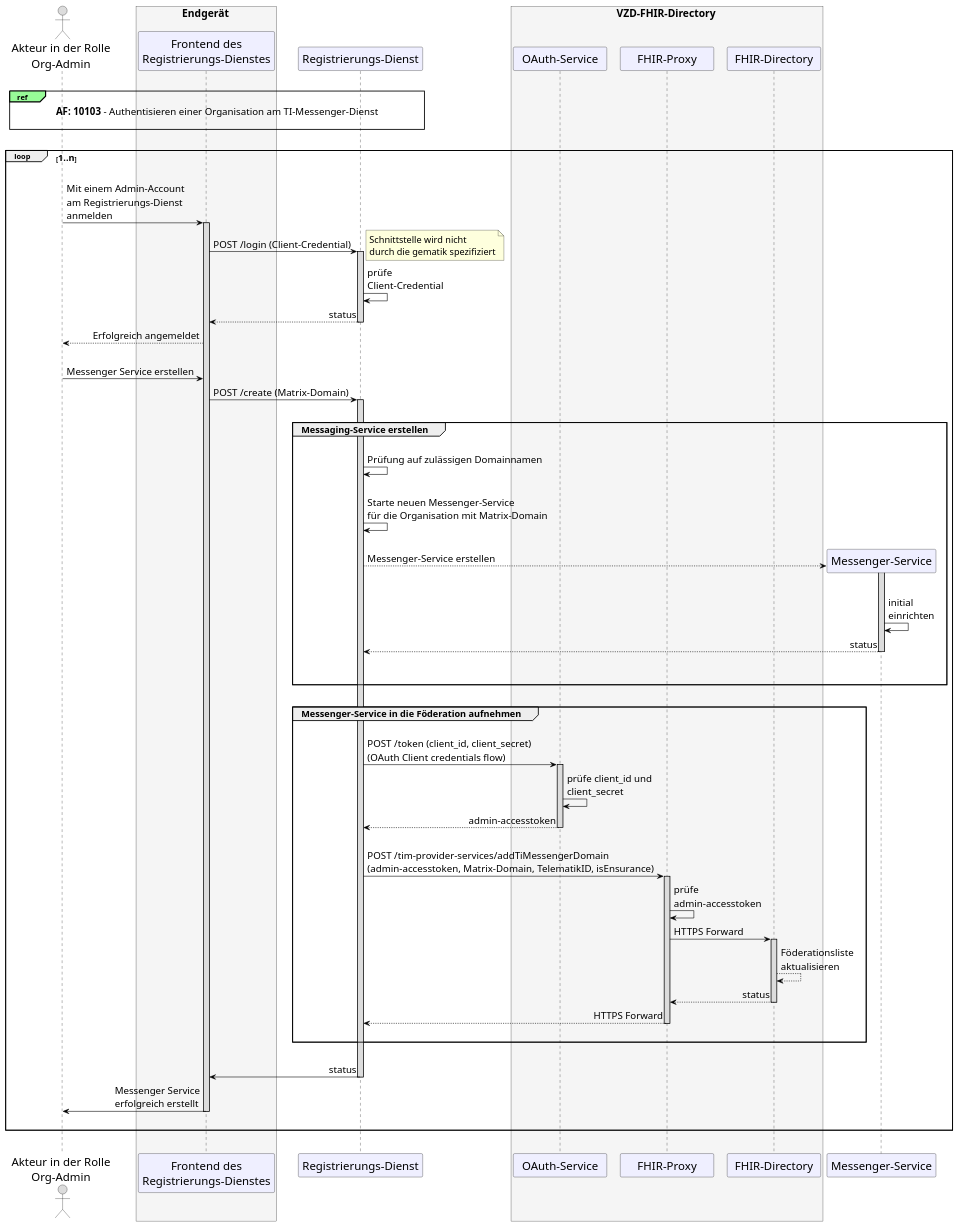
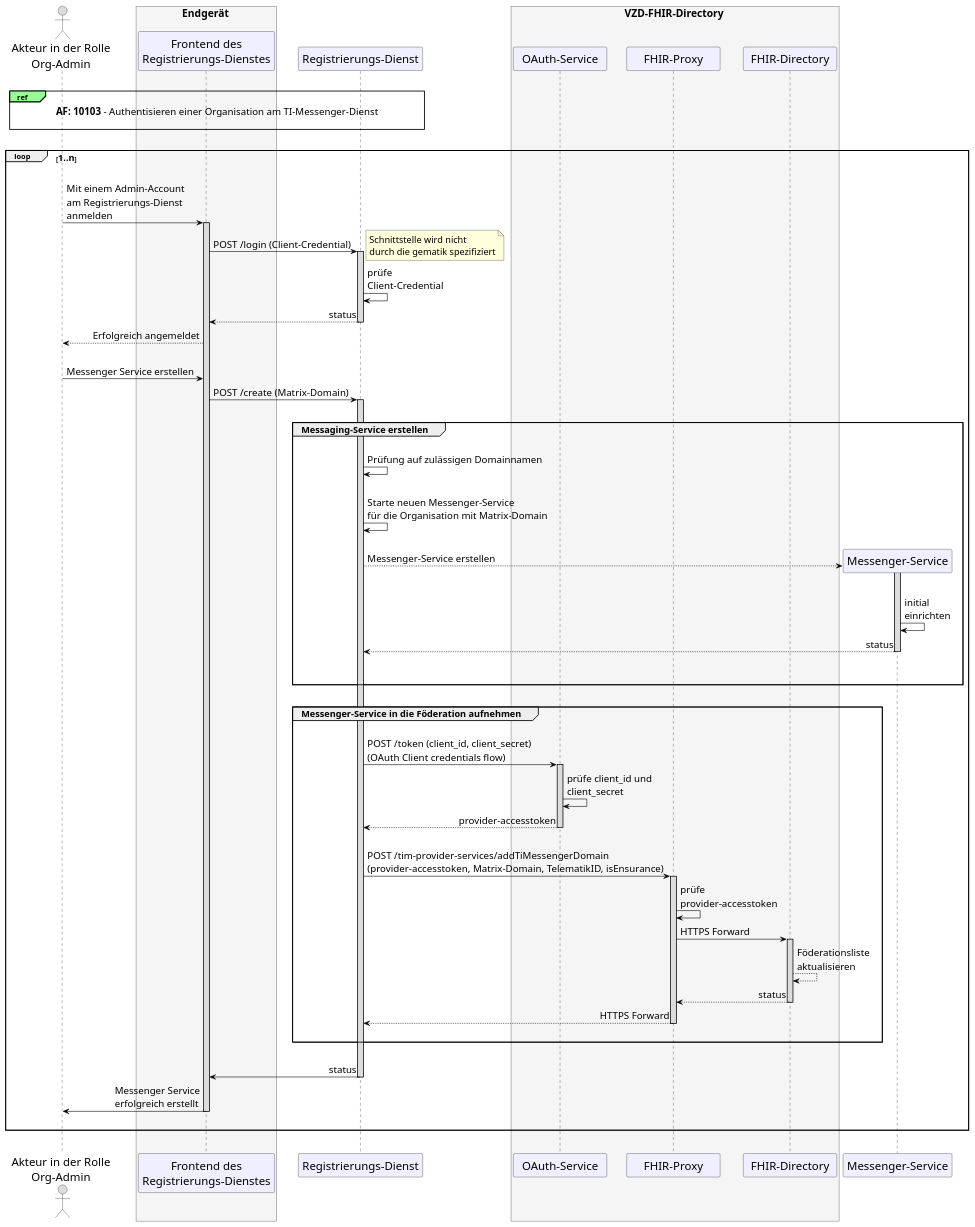
One commit to gematik/api-ti-messenger changed the diagram in src/plantuml/TI-Messenger-Dienst/Ressourcen/UC_10060_Seq.puml. Above: the diagram before and after it, drawn with PlantUML.

```diff
--- a/src/plantuml/TI-Messenger-Dienst/Ressourcen/UC_10060_Seq.puml
+++ b/src/plantuml/TI-Messenger-Dienst/Ressourcen/UC_10060_Seq.puml
@@ -9,110 +9,110 @@
 @startuml
 skinparam sequenceMessageAlign direction
 skinparam WrapWidth 300
 skinparam minClassWidth 150
 skinparam BoxPadding 1
 skinparam sequenceReferenceHeaderBackgroundColor palegreen
 scale max 2048 width
 
 skinparam sequence {
 ArrowColor black
 ArrowFontSize 17
 ActorBorderColor black
 LifeLineBorderColor black
 LifeLineBackgroundColor Gainsboro
 
 ParticipantBorderColor Motivation
 ParticipantBackgroundColor Motivation
 ParticipantFontName Impact
 ParticipantFontSize 20
 ParticipantFontColor black
 ParticipantBorderColor Black
 ParticipantBackgroundColor MOTIVATION
 
 ActorBackgroundColor Gainsboro
 ActorFontColor black
 ActorFontSize 20
 ActorFontName Aapex
 }
     actor U as "Akteur in der Rolle\nOrg-Admin"
     box <size:18>Endgerät</size> #WhiteSmoke
       participant C as "Frontend des\nRegistrierungs-Dienstes"
     end box
     participant R as "Registrierungs-Dienst"
     box <size:18>VZD-FHIR-Directory</size> #WhiteSmoke
     participant Auth as "OAuth-Service"
     participant FP as "FHIR-Proxy"
     participant VZD as "FHIR-Directory"
     end box
 
 |||
 ref over U, R: <size:17>**AF: 10103** - Authentisieren einer Organisation am TI-Messenger-Dienst</size>\n 
 |||
 
 loop <size:16>1..n</size>
   |||
   U->C: Mit einem Admin-Account \nam Registrierungs-Dienst \nanmelden
     Activate C
   C->R: POST /login (Client-Credential)
   note right: <size:16>Schnittstelle wird nicht \n<size:16>durch die gematik spezifiziert</size>
     Activate R
   R->R: prüfe \nClient-Credential
   R-->C: status
     Deactivate R
   C-->U: Erfolgreich angemeldet
   |||
   U->C: Messenger Service erstellen
   C->R: POST /create (Matrix-Domain)
     Activate R
     
     |||
     group <size:16>Messaging-Service erstellen</size>
     |||
       R->R: Prüfung auf zulässigen Domainnamen
       |||
       R->R: Starte neuen Messenger-Service \nfür die Organisation mit Matrix-Domain
       |||
         create "Messenger-Service"
           R-->"Messenger-Service" : Messenger-Service erstellen 
         Activate "Messenger-Service"
       |||
       "Messenger-Service"->"Messenger-Service": initial \neinrichten
       "Messenger-Service"-->R: status
       |||
         Deactivate "Messenger-Service"
     |||
     end
     
     |||
     
     group <size:16>Messenger-Service in die Föderation aufnehmen</size>
     |||
       R->Auth: POST /token (client_id, client_secret) \n(OAuth Client credentials flow)
         Activate Auth
       Auth->Auth: prüfe client_id und \nclient_secret
-      Auth-->R: admin-accesstoken
+      Auth-->R: provider-accesstoken
         Deactivate Auth
       |||
-      R->FP: POST /tim-provider-services/addTiMessengerDomain \n(admin-accesstoken, Matrix-Domain, TelematikID, isEnsurance)
+      R->FP: POST /tim-provider-services/addTiMessengerDomain \n(provider-accesstoken, Matrix-Domain, TelematikID, isEnsurance)
         Activate FP
-      FP->FP: prüfe \nadmin-accesstoken
+      FP->FP: prüfe \nprovider-accesstoken
       FP->VZD: HTTPS Forward
         Activate VZD
       VZD-->VZD: Föderationsliste\naktualisieren
       VZD-->FP: status
         Deactivate VZD
       FP-->R: HTTPS Forward
         Deactivate FP
 
     |||
     end
 
   |||
   R->C: status
     Deactivate R
   C->U: Messenger Service \nerfolgreich erstellt
     Deactivate C
   |||
 end
 |||
 @enduml
```
